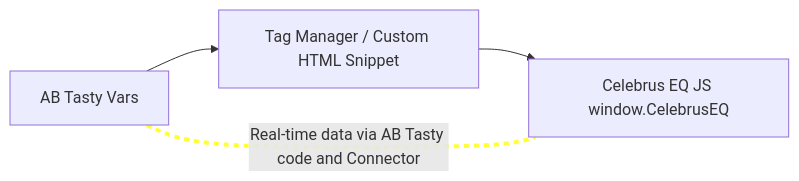
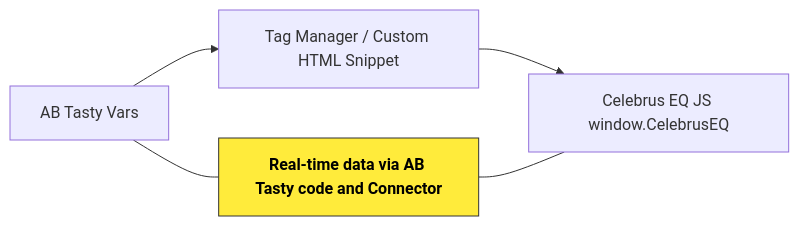
The diagram in README.md (valoudefou/celebrus-analytics-abtasty-integration), drawn with Mermaid before and after one commit.

````diff
--- a/README.md
+++ b/README.md
@@ -64,11 +64,13 @@
 ```mermaid
 flowchart LR
     A[AB Tasty Vars<br>] --> B[Tag Manager / Custom HTML Snippet]
     B --> C[Celebrus EQ JS window.CelebrusEQ</a>]
 
-    %% Real-time data flow arrow
-    A ---|Real-time data via AB Tasty code and Connector| C
+    %% Create a dummy node for the label
+    R["Real-time data via AB Tasty code and Connector"]:::highlight
+    A --- R
+    R --- C
 
-    %% Highlight the arrow
-    linkStyle 2 stroke:#ff3,stroke-width:4px,stroke-dasharray: 5 5
+    %% Style the label node
+    classDef highlight fill:#ffeb3b,stroke:#333,stroke-width:1px,color:#000,font-weight:bold;
 ```
````
